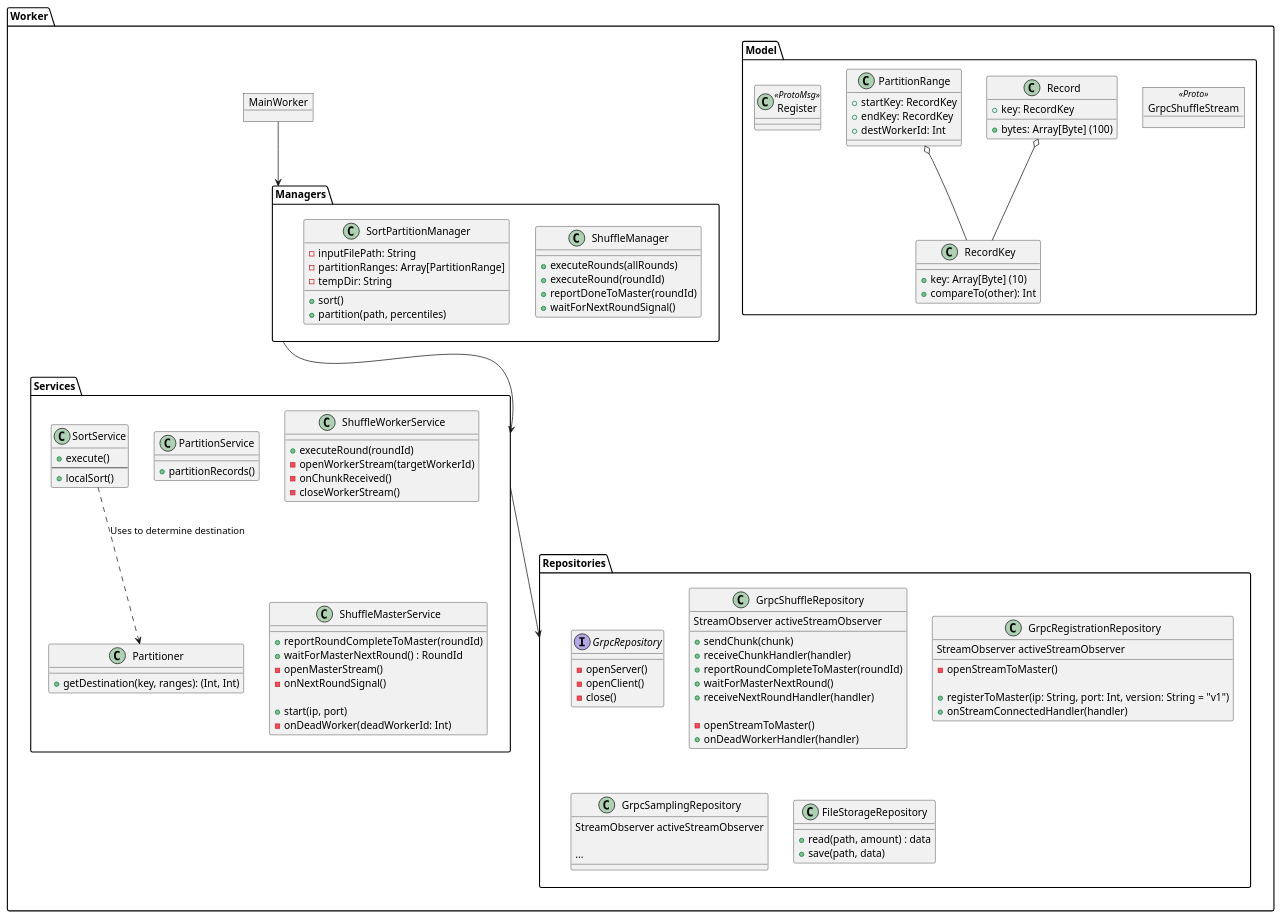
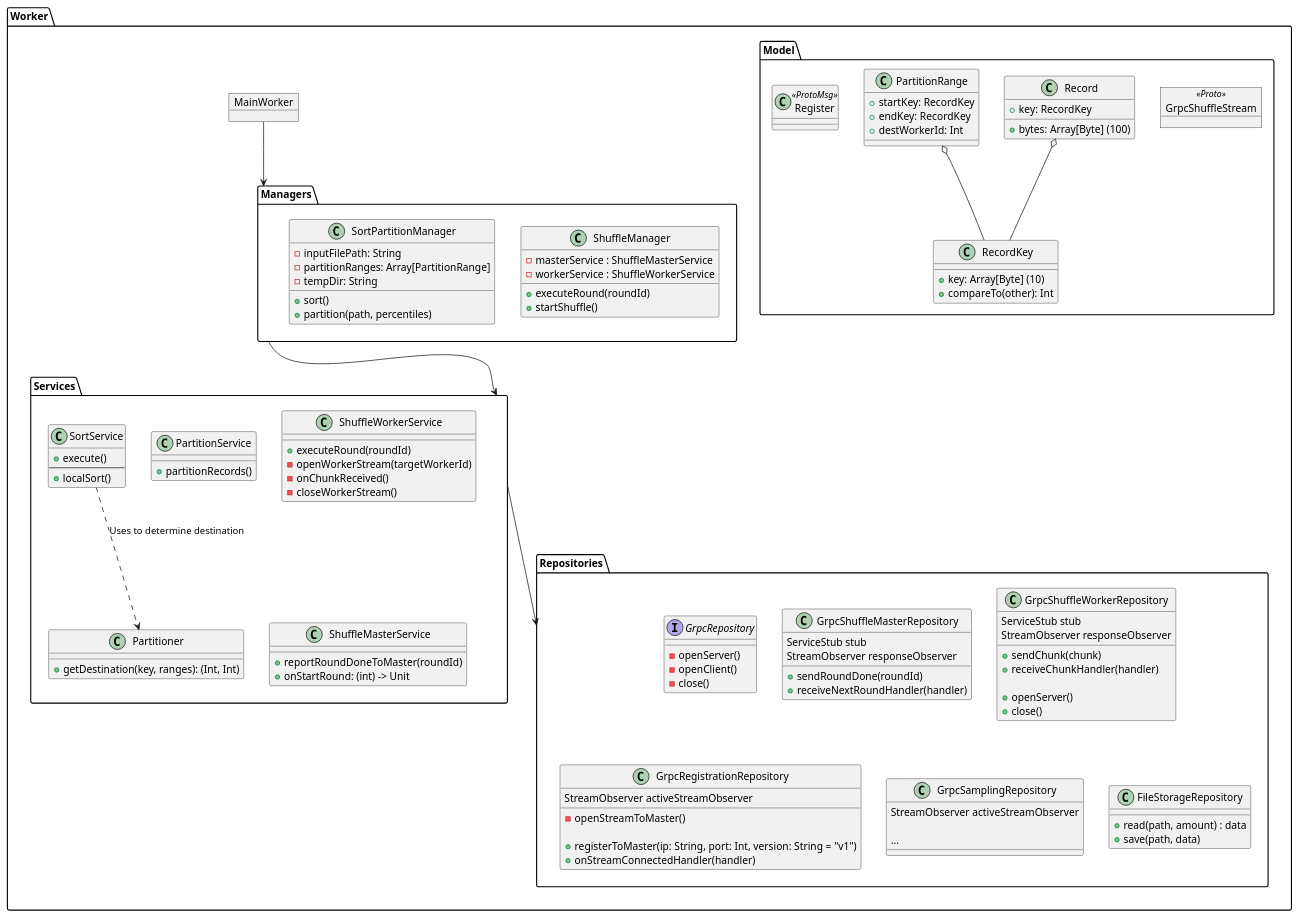
The diagram in doc/module diagram/Worker.puml (ksw20020/332project), drawn with PlantUML before and after one commit. The commit also changed 3 other files, not shown here.

Commit message:
Doc / Update class diagrams

```diff
--- a/doc/module diagram/Worker.puml
+++ b/doc/module diagram/Worker.puml
@@ -1,137 +1,139 @@
 @startuml Worker_Module_Diagram
 
 package Worker {
     object MainWorker 
 
     folder "Managers" {
         class ShuffleManager {
-            + executeRounds(allRounds)
+            - masterService : ShuffleMasterService
+            - workerService : ShuffleWorkerService
+            
             + executeRound(roundId)
-            + reportDoneToMaster(roundId)
-            + waitForNextRoundSignal()
+            + startShuffle()
         }
 
         class SortPartitionManager {
             - inputFilePath: String
             - partitionRanges: Array[PartitionRange]
             - tempDir: String
             + sort()
             + partition(path, percentiles)
         }
         
     }
 
     folder "Services" {
         
         class SortService {
             + execute()
             --
             + localSort()
         }
 
         class PartitionService {
             + partitionRecords()
         }
 
         class Partitioner {
             + getDestination(key, ranges): (Int, Int)
         }
 
         class ShuffleWorkerService {
             + executeRound(roundId)
             - openWorkerStream(targetWorkerId)
             - onChunkReceived()
             - closeWorkerStream()
         }
 
         class ShuffleMasterService {
-            + reportRoundCompleteToMaster(roundId)
-            + waitForMasterNextRound() : RoundId
-            - openMasterStream()
-            - onNextRoundSignal()
-
-            + start(ip, port)
-            - onDeadWorker(deadWorkerId: Int)
+            + reportRoundDoneToMaster(roundId)
+            + onStartRound: (int) -> Unit
         }
     }
     
     folder "Repositories" {
         interface GrpcRepository {
             
             - openServer()
             - openClient()
             - close()
 
         }
 
-        class GrpcShuffleRepository {
-            StreamObserver activeStreamObserver
+        class GrpcShuffleMasterRepository {
+            ServiceStub stub
+            StreamObserver responseObserver
+
+            + sendRoundDone(roundId)
+            + receiveNextRoundHandler(handler)
+        }
+        
+        class GrpcShuffleWorkerRepository {
+            ServiceStub stub
+            StreamObserver responseObserver
 
             + sendChunk(chunk)
             + receiveChunkHandler(handler)
-            + reportRoundCompleteToMaster(roundId)
-            + waitForMasterNextRound()
-            + receiveNextRoundHandler(handler)
-            
-            - openStreamToMaster()
-            + onDeadWorkerHandler(handler)
+
+            + openServer()
+            + close()
         }
 
         class GrpcRegistrationRepository {
             StreamObserver activeStreamObserver
 
             - openStreamToMaster()
 
             + registerToMaster(ip: String, port: Int, version: String = "v1")
             + onStreamConnectedHandler(handler)
         }
 
         class GrpcSamplingRepository {
             StreamObserver activeStreamObserver
 
             ...
         }
             
         class FileStorageRepository {
             + read(path, amount) : data
             + save(path, data)
         }
     }
     
     folder Model {
         object GrpcShuffleStream <<Proto>>
         
         class RecordKey {
             + key: Array[Byte] (10)
             + compareTo(other): Int
         }
         
         class Record {
             + bytes: Array[Byte] (100)
             + key: RecordKey
         }
         
         class PartitionRange {
             + startKey: RecordKey
             + endKey: RecordKey
             + destWorkerId: Int
         }
 
         class Register   <<ProtoMsg>>
 
     }
 
     ' Relationships
     SortService ..> Partitioner : Uses to determine destination
     
     ' Model relationships
     Record o-- RecordKey
     PartitionRange o-- RecordKey
     
     ' Existing Relationships
     MainWorker --> Managers
     Managers --> Services
     Services --> Repositories
 
 }
 @enduml
```
